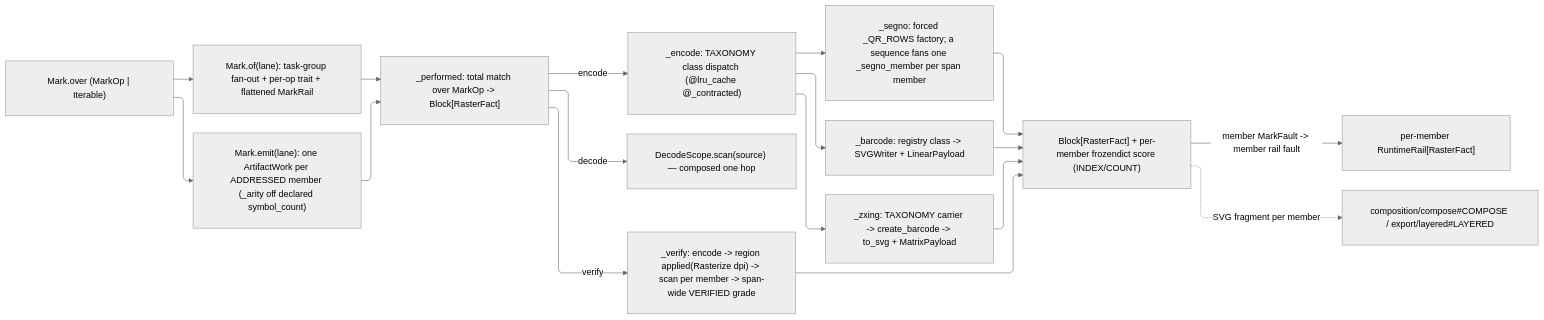
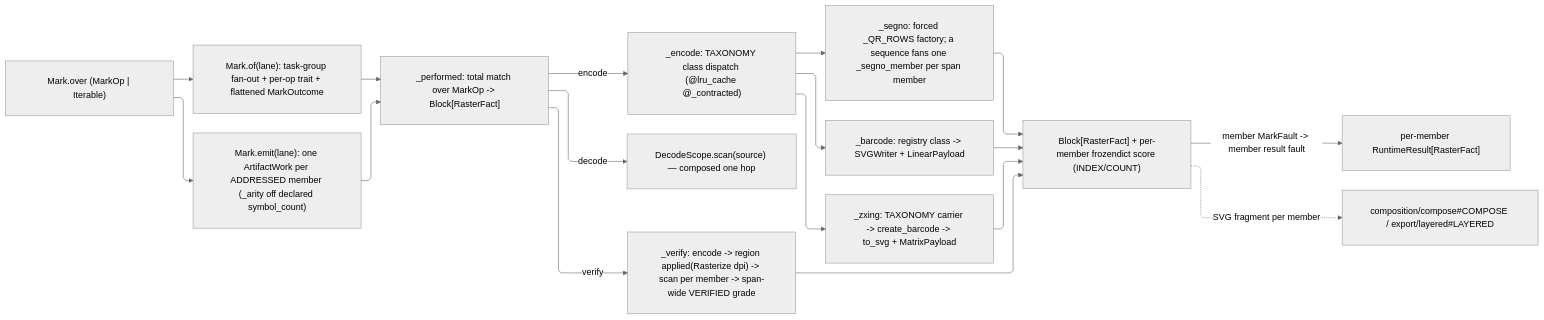
Before and after one commit to bsamiee/Rasm: the diagram in libs/python/artifacts/.planning/graphic/marks/encode.md, drawn with Mermaid (neutral theme). The commit also changed other lines of this file and 1997 other files, not shown here.

First line of the commit message:
docs: rename rail to result and seam to boundary across the corpus

````diff
--- a/libs/python/artifacts/.planning/graphic/marks/encode.md
+++ b/libs/python/artifacts/.planning/graphic/marks/encode.md
@@ -601,28 +601,28 @@
 ```mermaid
 ---
 config:
   layout: elk
   flowchart:
     curve: linear
     padding: 25
 ---
 flowchart LR
     accTitle: Mark encode, decode, and verify dispatch
     accDescr: The mark lane and work emitter enter one total operation match whose encode arm dispatches by taxonomy class, whose decode arm composes the scan scope, and whose verify arm rasterizes its carrier through the scan; every arm answers one RasterFact per addressed member.
-    Over["Mark.over (MarkOp | Iterable)"] --> Of["Mark.of(lane): task-group fan-out + per-op trait + flattened MarkRail"]
+    Over["Mark.over (MarkOp | Iterable)"] --> Of["Mark.of(lane): task-group fan-out + per-op trait + flattened MarkOutcome"]
     Over --> Emit["Mark.emit(lane): one ArtifactWork per ADDRESSED member (_arity off declared symbol_count)"]
     Of --> Perf["_performed: total match over MarkOp -> Block[RasterFact]"]
     Emit --> Perf
     Perf -->|encode| Enc["_encode: TAXONOMY class dispatch (@lru_cache @_contracted)"]
     Perf -->|decode| Scan["DecodeScope.scan(source) — composed one hop"]
     Perf -->|verify| Ver["_verify: encode -> region applied(Rasterize dpi) -> scan per member -> span-wide VERIFIED grade"]
     Enc --> Qr["_segno: forced _QR_ROWS factory; a sequence fans one _segno_member per span member"]
     Enc --> Bar["_barcode: registry class -> SVGWriter + LinearPayload"]
     Enc --> Zx["_zxing: TAXONOMY carrier -> create_barcode -> to_svg + MatrixPayload"]
     Qr --> Fact["Block[RasterFact] + per-member frozendict score (INDEX/COUNT)"]
     Bar --> Fact
     Zx --> Fact
     Ver --> Fact
-    Fact -->|"member MarkFault -> member rail fault"| Rail["per-member RuntimeRail[RasterFact]"]
+    Fact -->|"member MarkFault -> member result fault"| Outcome["per-member RuntimeResult[RasterFact]"]
     Fact -.->|"SVG fragment per member"| Compose["composition/compose#COMPOSE / export/layered#LAYERED"]
 ```
````
